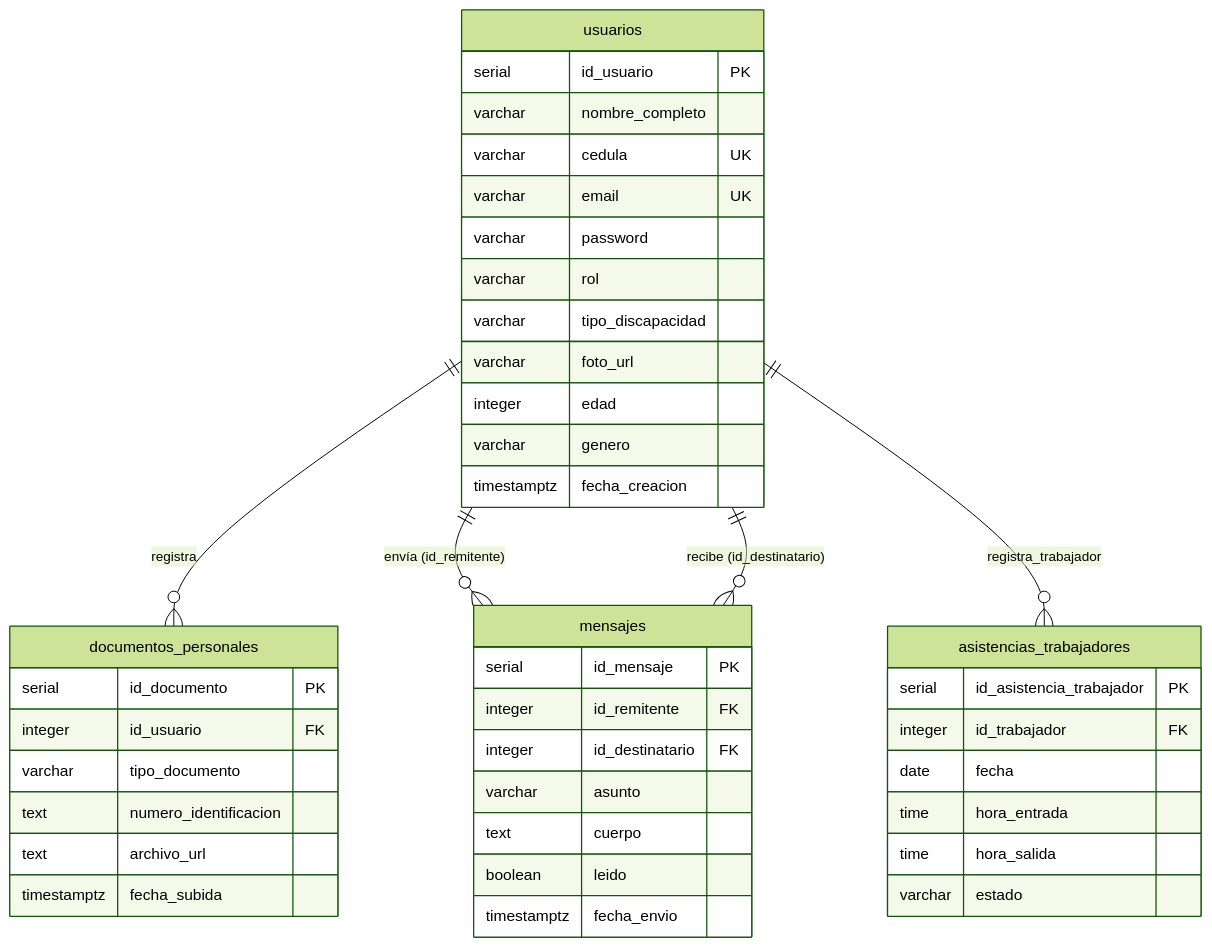
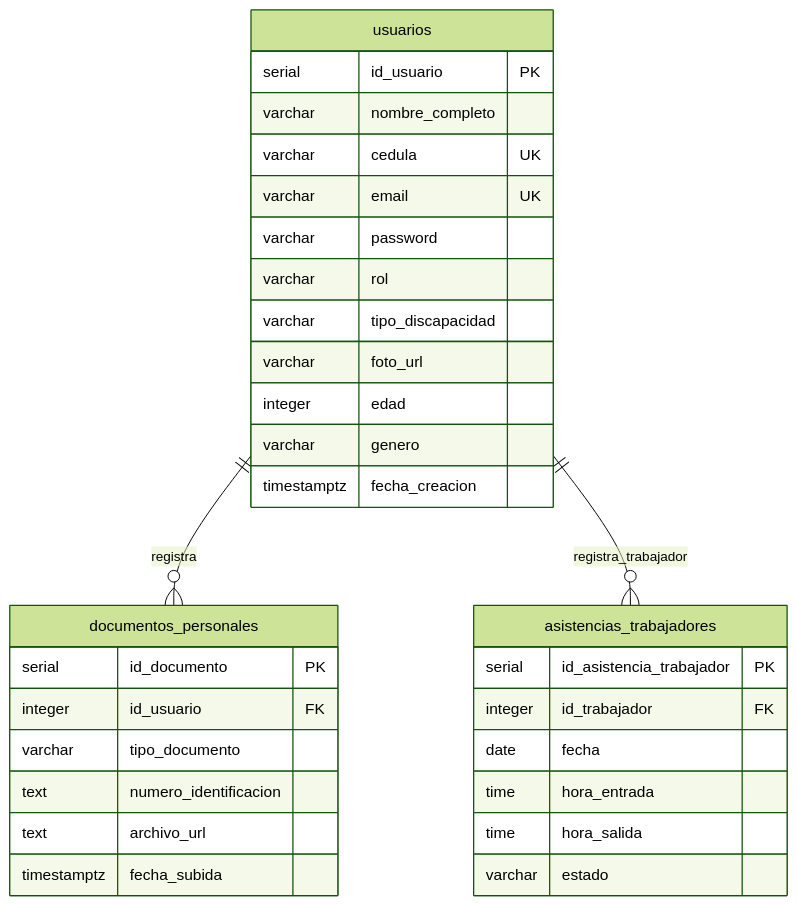
One commit to Hector-dev/Plataforma_Educativa_Cacique_Tamanaco changed the second of 10 diagrams in docs/DIAGRAMAS.md. Above: the diagram before and after it, drawn with Mermaid (forest theme). The commit also changed other lines of this file and 1 other file, not shown here.

Commit message:
docs: quitar tabla mensajes de los diagramas por fallo de render en GitHub

````diff
--- a/docs/DIAGRAMAS.md
+++ b/docs/DIAGRAMAS.md
@@ -45,46 +45,35 @@
 ```mermaid
 erDiagram
     usuarios ||--o{ documentos_personales : "registra"
-    usuarios ||--o{ mensajes : "envía (id_remitente)"
-    usuarios ||--o{ mensajes : "recibe (id_destinatario)"
     usuarios ||--o{ asistencias_trabajadores : "registra_trabajador"
 
     usuarios {
         serial id_usuario PK
         varchar nombre_completo
         varchar cedula UK
         varchar email UK
         varchar password
         varchar rol
         varchar tipo_discapacidad
         varchar foto_url
         integer edad
         varchar genero
         timestamptz fecha_creacion
     }
     documentos_personales {
         serial id_documento PK
         integer id_usuario FK
         varchar tipo_documento
         text numero_identificacion
         text archivo_url
         timestamptz fecha_subida
     }
-    mensajes {
-        serial id_mensaje PK
-        integer id_remitente FK
-        integer id_destinatario FK
-        varchar asunto
-        text cuerpo
-        boolean leido
-        timestamptz fecha_envio
-    }
     asistencias_trabajadores {
         serial id_asistencia_trabajador PK
         integer id_trabajador FK
         date fecha
         time hora_entrada
         time hora_salida
         varchar estado
     }
 ```
````
